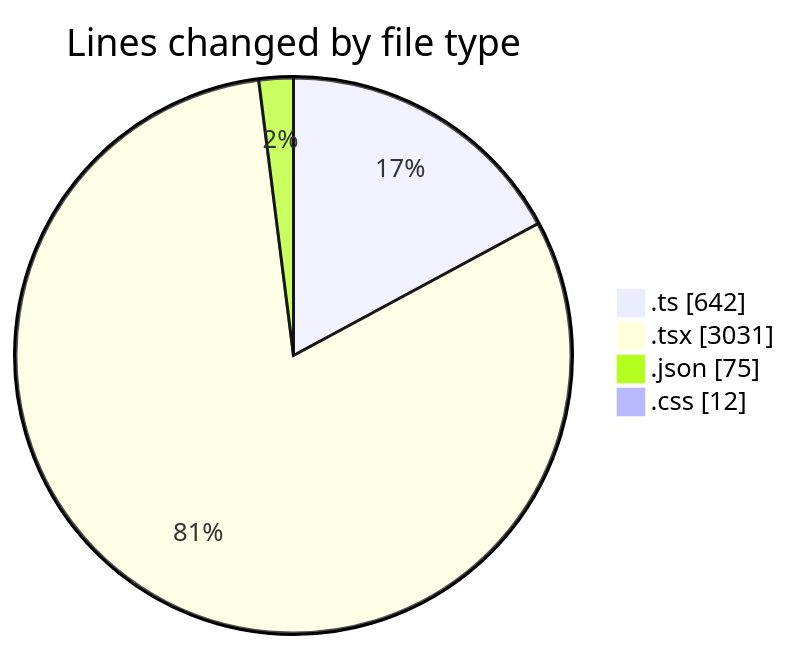
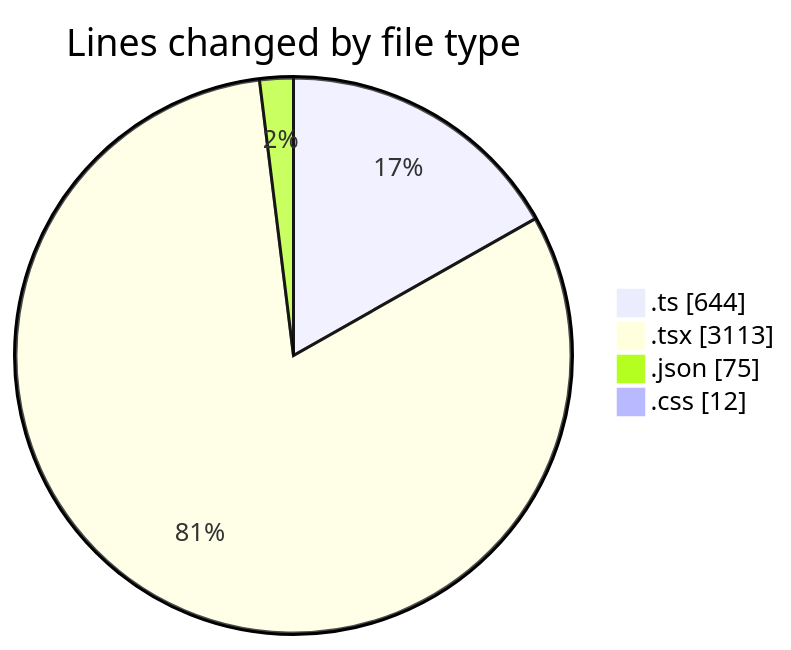
One commit to robertbonfada/code-tracking changed the first of 2 diagrams in 2025-01-27/termonied-web/README.md. Above: the diagram before and after it, drawn with Mermaid. The commit also changed other lines of this file and 1 other file, not shown here.

````diff
--- a/2025-01-27/termonied-web/README.md
+++ b/2025-01-27/termonied-web/README.md
@@ -33,8 +34,8 @@
 ```mermaid
 pie showData
 title Lines changed by file type
-".ts" : 642
-".tsx" : 3031
+".ts" : 644
+".tsx" : 3113
 ".json" : 75
 ".css" : 12
 ```
````
